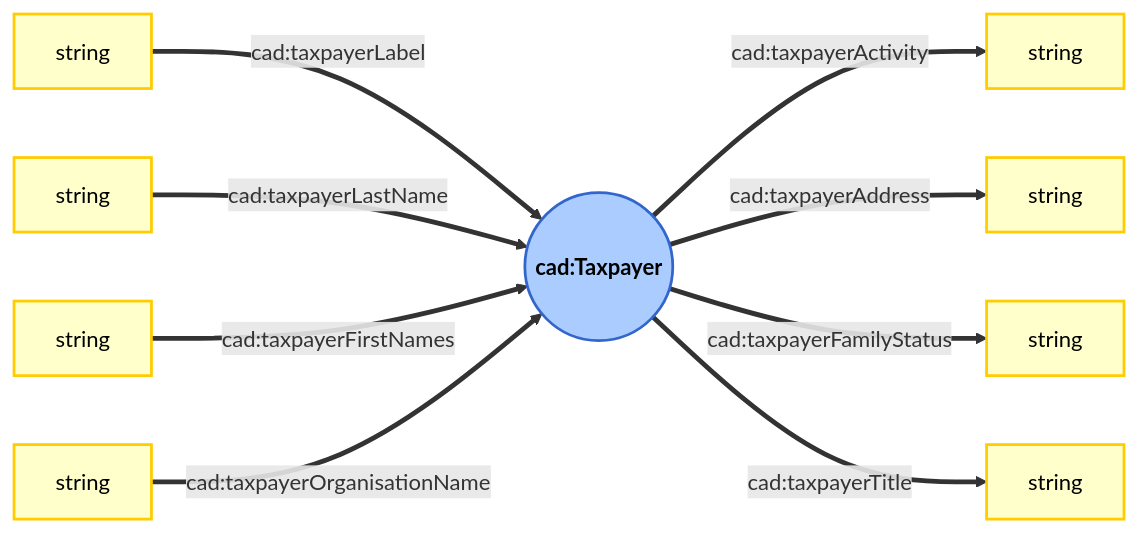
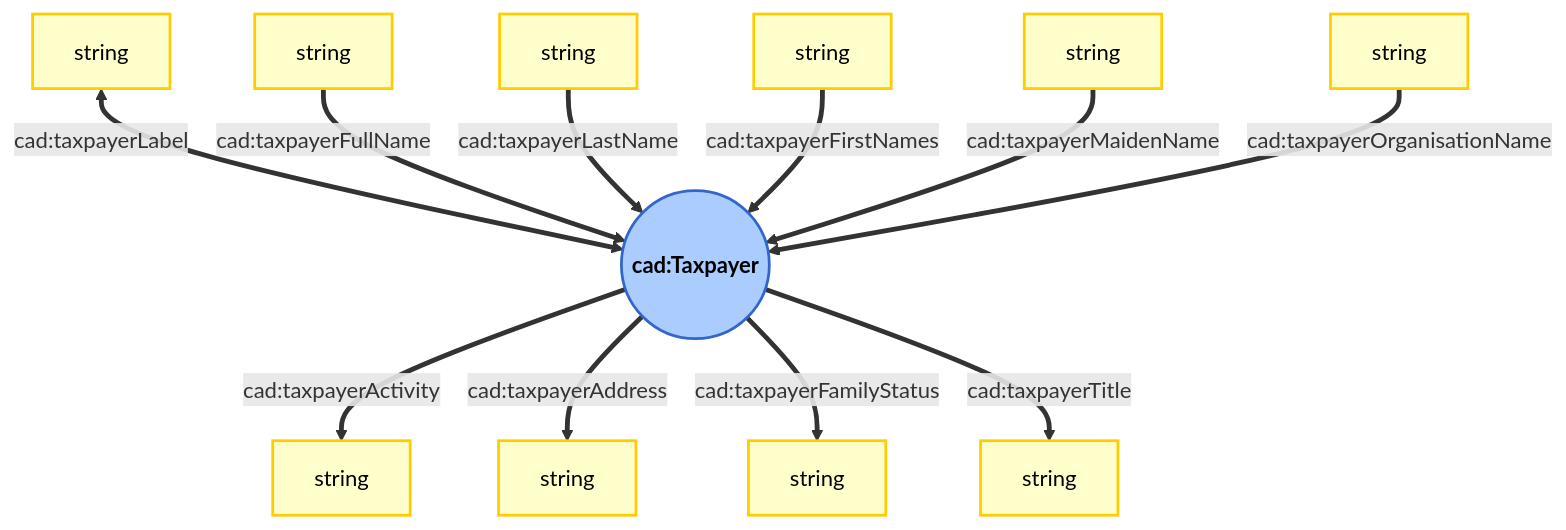
One commit to umrlastig/pegazus-ontology changed the diagram in ontology/documentation/taxpayers/taxpayers_graphic.md. Above: the diagram before and after it, drawn with Mermaid. The commit also changed other lines of this file and 1 other file, not shown here.

Commit message:
Add property taxpayerMaidenName

````diff
--- a/ontology/documentation/taxpayers/taxpayers_graphic.md
+++ b/ontology/documentation/taxpayers/taxpayers_graphic.md
@@ -6,30 +8,34 @@
 ```mermaid
-graph LR
+graph 
     %% 1. Nodes
     TaxpayerNode(("cad:Taxpayer"))
+    LabelLit["string"]
     NameLit["string"]
     LastNameLit["string"]
     FirstNamesLit["string"]
+    MaidenNameLit["string"]
     OrganisationNameLit["string"]
     ActivityLit["string"]
     AddressLit["string"]
     FamilyStatusLit["string"]
     TitleLit["string"]
 
     %% 2. Connect the unique IDs
-    NameLit == "cad:taxpayerLabel" ==> TaxpayerNode
+    LabelLit <== "cad:taxpayerLabel" ==> TaxpayerNode
+    NameLit == "cad:taxpayerFullName" ==> TaxpayerNode
     LastNameLit == "cad:taxpayerLastName" ==> TaxpayerNode
     FirstNamesLit == "cad:taxpayerFirstNames" ==> TaxpayerNode
+    MaidenNameLit == "cad:taxpayerMaidenName" ==> TaxpayerNode
     OrganisationNameLit == "cad:taxpayerOrganisationName" ==> TaxpayerNode
     TaxpayerNode == "cad:taxpayerActivity" ==> ActivityLit
     TaxpayerNode == "cad:taxpayerAddress" ==> AddressLit
     TaxpayerNode == "cad:taxpayerFamilyStatus" ==> FamilyStatusLit
     TaxpayerNode == "cad:taxpayerTitle" ==> TitleLit
 
     %% 3. Apply WebVOWL Style
     classDef vowlClass fill:#aaccff,stroke:#3366cc,stroke-width:2px,color:#000,font-weight:bold;
     classDef vowlLiteral fill:#ffffcc,stroke:#ffcc00,stroke-width:2px,color:#000;
 
     class TaxpayerNode vowlClass;
-    class LabelLit,NameLit,LastNameLit,FirstNamesLit,ActivityLit,AddressLit,TitleLit,OrganisationNameLit,FamilyStatusLit vowlLiteral;
+    class LabelLit,NameLit,LastNameLit,FirstNamesLit,ActivityLit,AddressLit,TitleLit,OrganisationNameLit,MaidenNameLit,FamilyStatusLit vowlLiteral;
 ```
````
